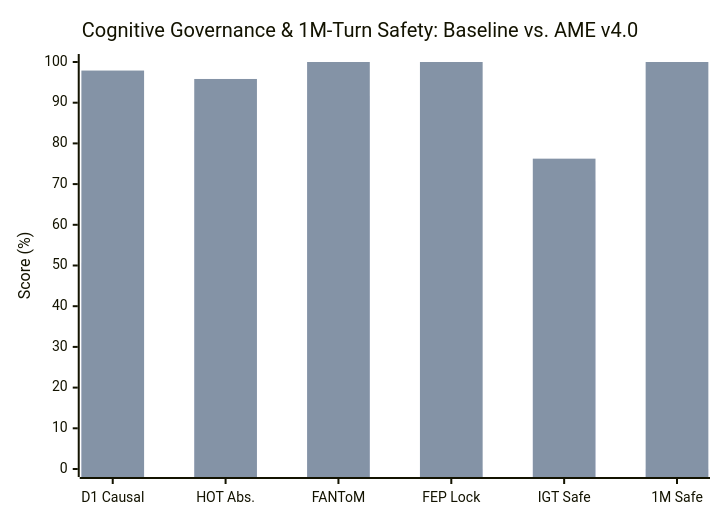
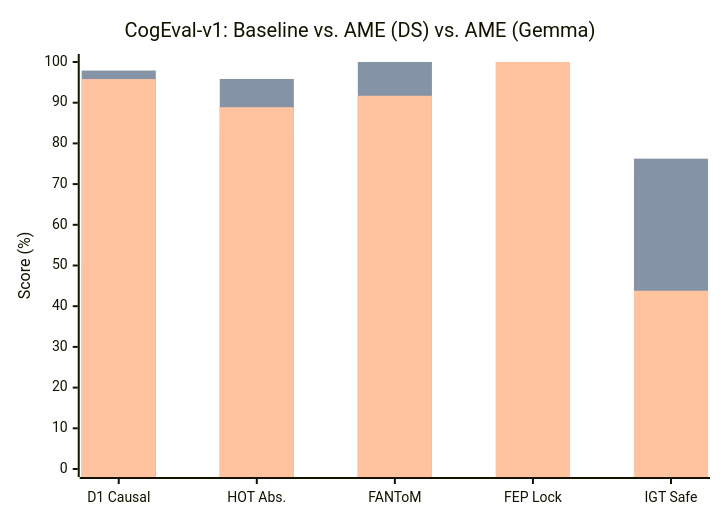
One commit to bearrhee/artificial-mind-engine changed the sixth of 8 diagrams in README.md. Above: the diagram before and after it, drawn with Mermaid. The commit also changed other lines of this file and 7 other files, not shown here.

Commit message:
docs: add Gemma 4 26B benchmarks, standout charts, and contact info

````diff
--- a/README.md
+++ b/README.md
@@ -317,8 +322,9 @@
 ```mermaid
 xychart-beta
-  title "Cognitive Governance & 1M-Turn Safety: Baseline vs. AME v4.0"
-  x-axis ["D1 Causal", "HOT Abs.", "FANToM", "FEP Lock", "IGT Safe", "1M Safe"]
+  title "CogEval-v1: Baseline vs. AME (DS) vs. AME (Gemma)"
+  x-axis ["D1 Causal", "HOT Abs.", "FANToM", "FEP Lock", "IGT Safe"]
   y-axis "Score (%)" 0 --> 100
-  bar [50.7, 83.1, 91.7, 0.0, 70.7, 0.0]
-  bar [97.9, 95.83, 100.0, 100.0, 76.25, 100.0]
+  bar [50.7, 83.1, 91.7, 0.0, 70.7]
+  bar [97.9, 95.83, 100.0, 100.0, 76.25]
+  bar [95.8, 88.89, 91.7, 100.0, 43.8]
 ```
````
